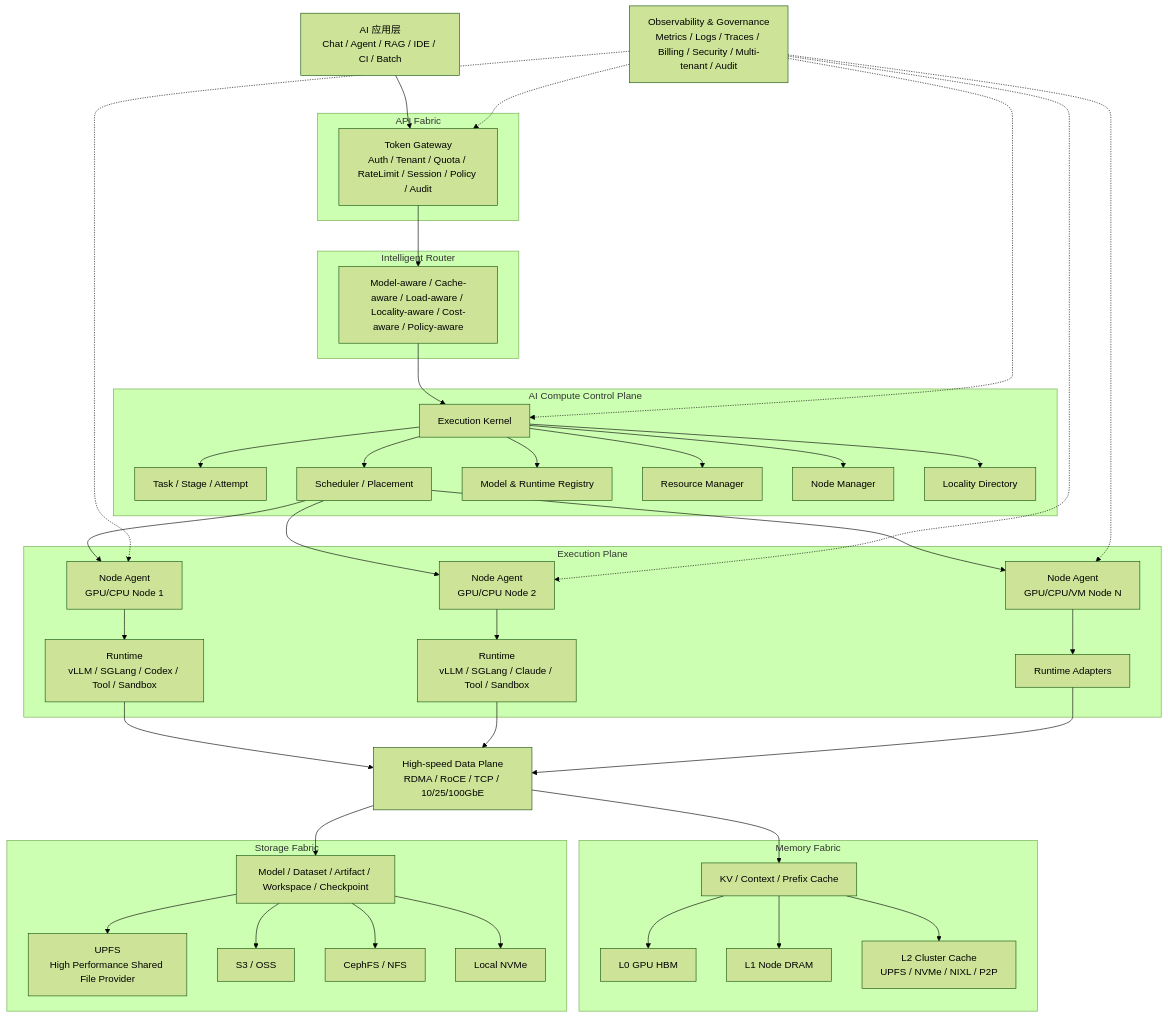
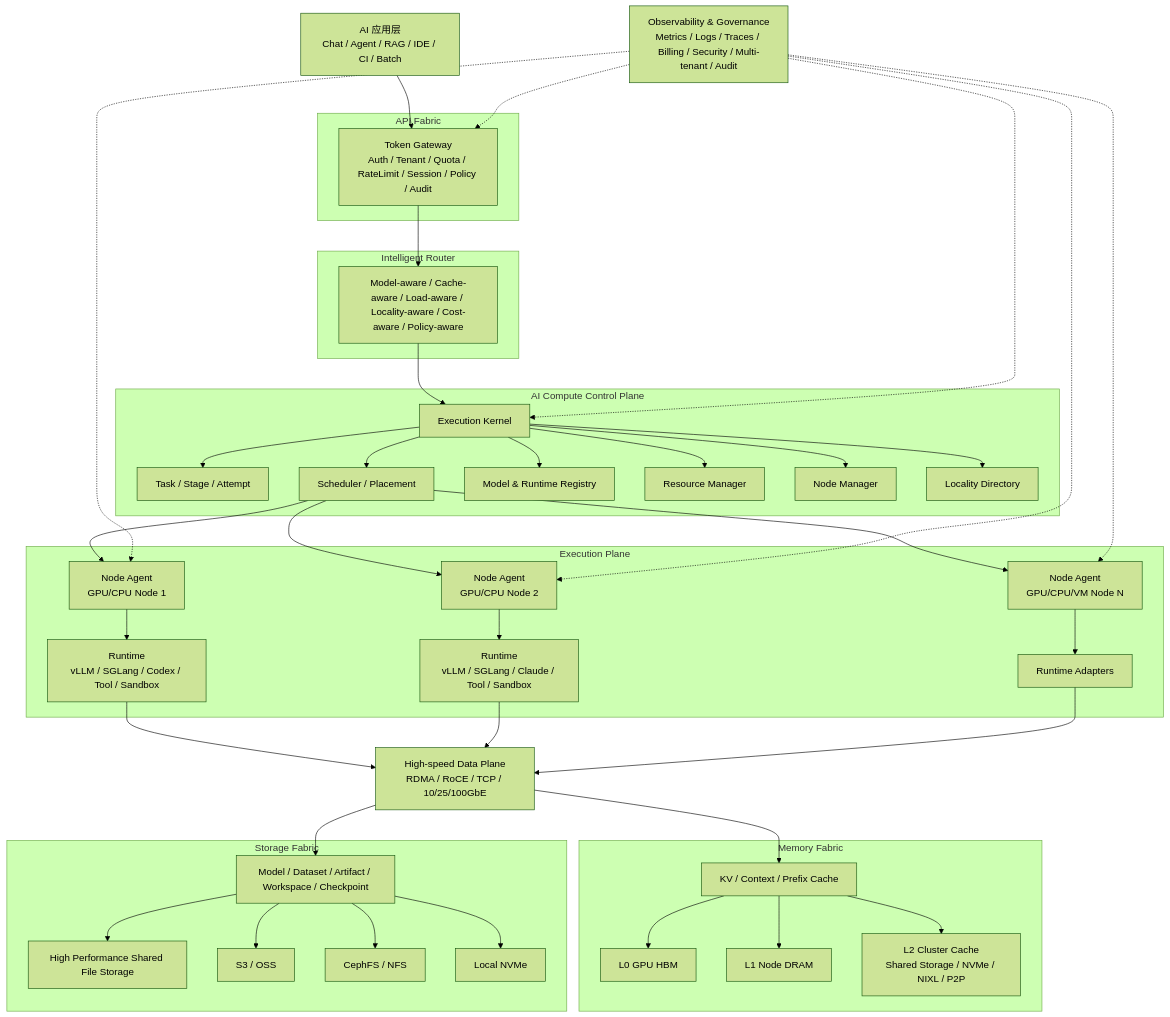
The diagram in docs/design/ai-execution-os-architecture.md (tommyxie2026-tech/computecloud), drawn with Mermaid (forest theme) before and after one commit. The commit also changed other lines of this file, not shown here.

Commit message:
docs: abstract private storage implementation

```diff
--- a/docs/design/ai-execution-os-architecture.md
+++ b/docs/design/ai-execution-os-architecture.md
@@ -85,7 +85,7 @@
         MF["KV / Context / Prefix Cache"]
         HBM["L0 GPU HBM"]
         DRAM["L1 Node DRAM"]
-        MC["L2 Cluster Cache<br/>UPFS / NVMe / NIXL / P2P"]
+        MC["L2 Cluster Cache<br/>Shared Storage / NVMe / NIXL / P2P"]
         MF --> HBM
         MF --> DRAM
         MF --> MC
@@ -93,11 +93,11 @@
 
     subgraph ST["Storage Fabric"]
         SF["Model / Dataset / Artifact / Workspace / Checkpoint"]
-        UPFS["UPFS<br/>High Performance Shared File Provider"]
+        SHAREDFS["High Performance Shared File Storage"]
         S3["S3 / OSS"]
         CFS["CephFS / NFS"]
         NVME["Local NVMe"]
-        SF --> UPFS
+        SF --> SHAREDFS
         SF --> S3
         SF --> CFS
         SF --> NVME
```
